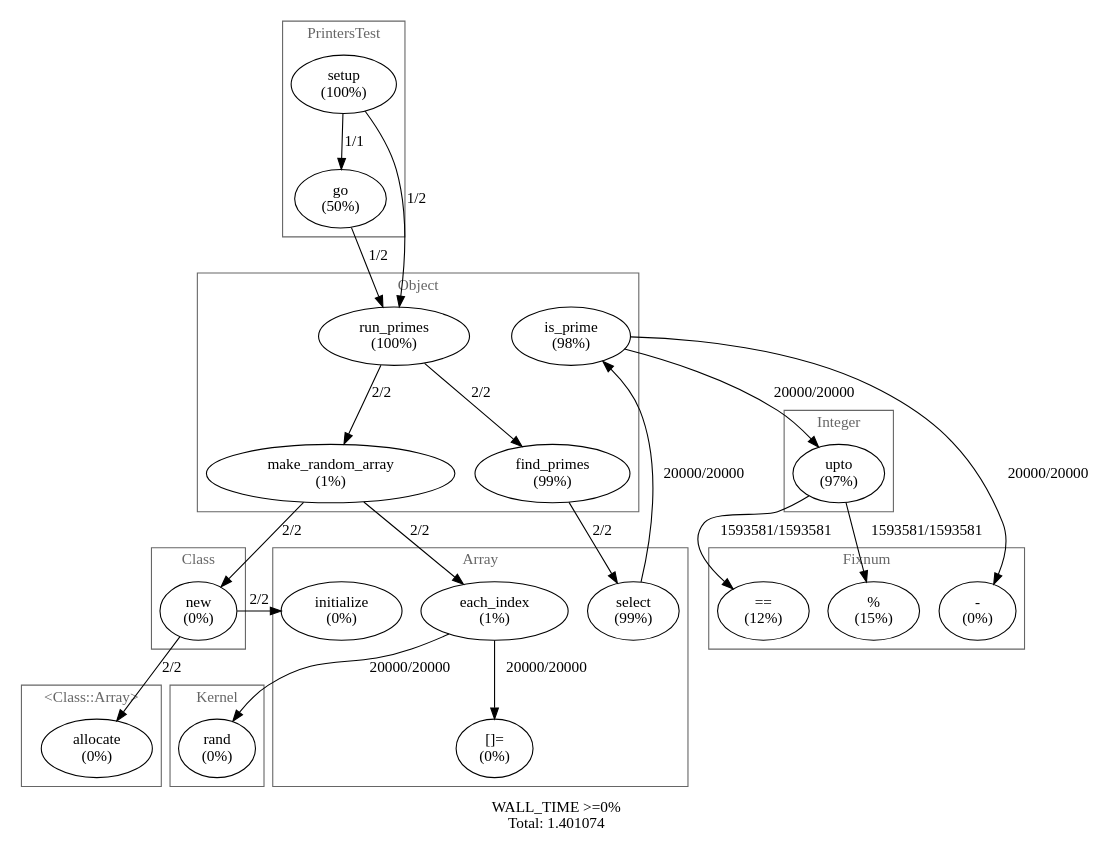
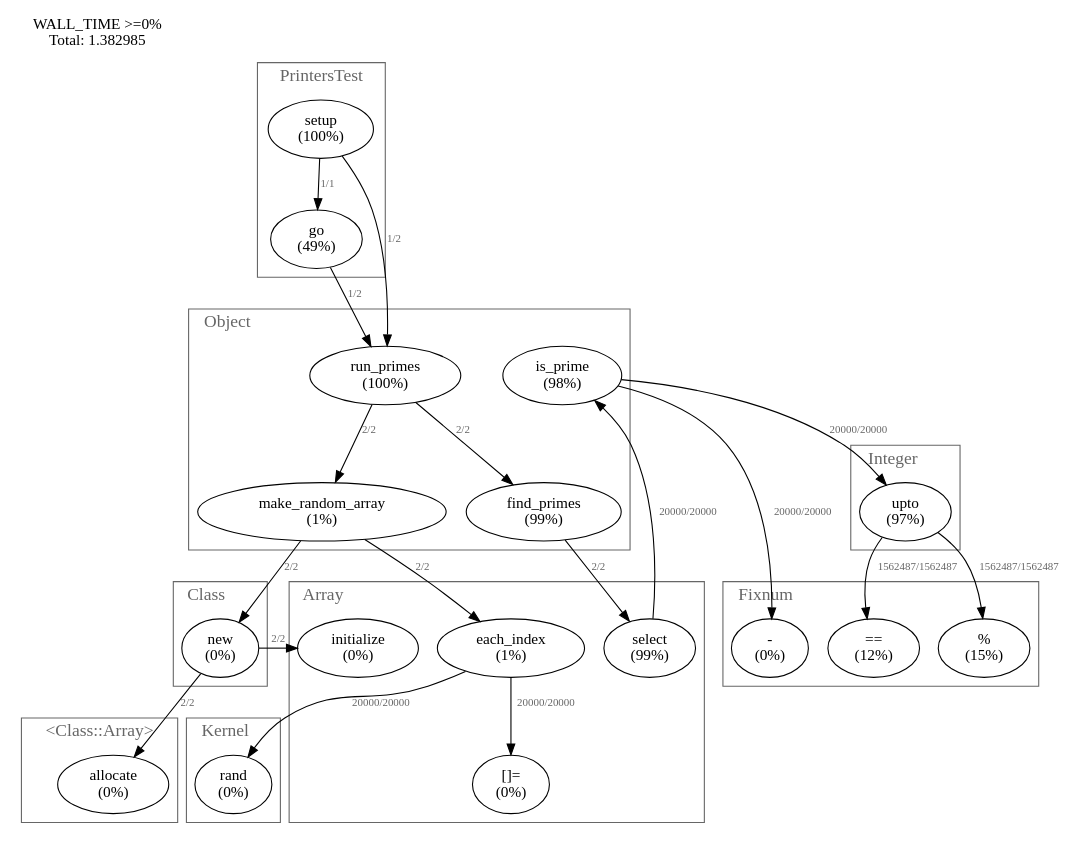
Before and after one commit to ruby-prof/ruby-prof: the diagram in examples/graph.dot, drawn with Graphviz. The commit also changed 2 other files, not shown here.

```diff
--- a/examples/graph.dot
+++ b/examples/graph.dot
@@ -1,96 +1,106 @@
 digraph "Profile" {
-label="WALL_TIME >=0%\nTotal: 1.401074"
+label="WALL_TIME >=0%\nTotal: 1.382985";
+labelloc=t;
+labeljust=l;
 subgraph "Thread 2148237740" {
-2159428720 [label="run_primes\n(100%)"];
-2159428720 -> 2159429580 [label="2/2"];
-2159428720 -> 2159428880 [label="2/2"];
-2159428800 [label="[]=\n(0%)"];
-2159428880 [label="make_random_array\n(1%)"];
-2159428880 -> 2159429420 [label="2/2"];
-2159428880 -> 2159429040 [label="2/2"];
-2159428960 [label="%\n(15%)"];
-2159429040 [label="new\n(0%)"];
-2159429040 -> 2159429340 [label="2/2"];
-2159429040 -> 2159429820 [label="2/2"];
-2159429120 [label="rand\n(0%)"];
-2159429200 [label="-\n(0%)"];
-2159429260 [label="setup\n(100%)"];
-2159429260 -> 2159430040 [label="1/1"];
-2159429260 -> 2159428720 [label="1/2"];
-2159429340 [label="initialize\n(0%)"];
-2159429420 [label="each_index\n(1%)"];
-2159429420 -> 2159429120 [label="20000/20000"];
-2159429420 -> 2159428800 [label="20000/20000"];
-2159429500 [label="is_prime\n(98%)"];
-2159429500 -> 2159429740 [label="20000/20000"];
-2159429500 -> 2159429200 [label="20000/20000"];
-2159429580 [label="find_primes\n(99%)"];
-2159429580 -> 2159429660 [label="2/2"];
-2159429660 [label="select\n(99%)"];
-2159429660 -> 2159429500 [label="20000/20000"];
-2159429740 [label="upto\n(97%)"];
-2159429740 -> 2159428960 [label="1593581/1593581"];
-2159429740 -> 2159429920 [label="1593581/1593581"];
-2159429820 [label="allocate\n(0%)"];
-2159429920 [label="==\n(12%)"];
-2159430040 [label="go\n(50%)"];
-2159430040 -> 2159428720 [label="1/2"];
+2159427600 [label="[]=\n(0%)"];
+2159427680 [label="%\n(15%)"];
+2159427760 [label="run_primes\n(100%)"];
+2159427760 -> 2159428600 [label="2/2" fontsize=10 fontcolor="#666666"];
+2159427760 -> 2159428300 [label="2/2" fontsize=10 fontcolor="#666666"];
+2159427840 [label="new\n(0%)"];
+2159427840 -> 2159428080 [label="2/2" fontsize=10 fontcolor="#666666"];
+2159427840 -> 2159428760 [label="2/2" fontsize=10 fontcolor="#666666"];
+2159427920 [label="rand\n(0%)"];
+2159428000 [label="-\n(0%)"];
+2159428080 [label="initialize\n(0%)"];
+2159428160 [label="each_index\n(1%)"];
+2159428160 -> 2159427920 [label="20000/20000" fontsize=10 fontcolor="#666666"];
+2159428160 -> 2159427600 [label="20000/20000" fontsize=10 fontcolor="#666666"];
+2159428220 [label="go\n(49%)"];
+2159428220 -> 2159427760 [label="1/2" fontsize=10 fontcolor="#666666"];
+2159428300 [label="make_random_array\n(1%)"];
+2159428300 -> 2159428160 [label="2/2" fontsize=10 fontcolor="#666666"];
+2159428300 -> 2159427840 [label="2/2" fontsize=10 fontcolor="#666666"];
+2159428360 [label="setup\n(100%)"];
+2159428360 -> 2159427760 [label="1/2" fontsize=10 fontcolor="#666666"];
+2159428360 -> 2159428220 [label="1/1" fontsize=10 fontcolor="#666666"];
+2159428440 [label="select\n(99%)"];
+2159428440 -> 2159428520 [label="20000/20000" fontsize=10 fontcolor="#666666"];
+2159428520 [label="is_prime\n(98%)"];
+2159428520 -> 2159428680 [label="20000/20000" fontsize=10 fontcolor="#666666"];
+2159428520 -> 2159428000 [label="20000/20000" fontsize=10 fontcolor="#666666"];
+2159428600 [label="find_primes\n(99%)"];
+2159428600 -> 2159428440 [label="2/2" fontsize=10 fontcolor="#666666"];
+2159428680 [label="upto\n(97%)"];
+2159428680 -> 2159427680 [label="1562487/1562487" fontsize=10 fontcolor="#666666"];
+2159428680 -> 2159428920 [label="1562487/1562487" fontsize=10 fontcolor="#666666"];
+2159428760 [label="allocate\n(0%)"];
+2159428920 [label="==\n(12%)"];
 }
-subgraph cluster_2159104080 {
+subgraph cluster_2159103200 {
 label = "Object";
 fontcolor = "#666666";
+fontsize = 16;
 color = "#666666";
-2159429580;
-2159429500;
-2159428880;
-2159428720;
+2159428600;
+2159428520;
+2159428300;
+2159427760;
 }
-subgraph cluster_2159104200 {
+subgraph cluster_2159103260 {
 label = "Integer";
 fontcolor = "#666666";
+fontsize = 16;
 color = "#666666";
-2159429740;
+2159428680;
 }
-subgraph cluster_2159104380 {
+subgraph cluster_2159103060 {
 label = "PrintersTest";
 fontcolor = "#666666";
+fontsize = 16;
 color = "#666666";
-2159430040;
-2159429260;
+2159428360;
+2159428220;
 }
-subgraph cluster_2159104140 {
+subgraph cluster_2159103120 {
 label = "Array";
 fontcolor = "#666666";
+fontsize = 16;
 color = "#666666";
-2159429660;
-2159429420;
-2159429340;
-2159428800;
+2159428440;
+2159428160;
+2159428080;
+2159427600;
 }
-subgraph cluster_2159104280 {
+subgraph cluster_2159103340 {
 label = "<Class::Array>";
 fontcolor = "#666666";
+fontsize = 16;
 color = "#666666";
-2159429820;
+2159428760;
 }
-subgraph cluster_2159103860 {
+subgraph cluster_2159102840 {
 label = "Class";
 fontcolor = "#666666";
+fontsize = 16;
 color = "#666666";
-2159429040;
+2159427840;
 }
-subgraph cluster_2159104000 {
+subgraph cluster_2159102980 {
 label = "Kernel";
 fontcolor = "#666666";
+fontsize = 16;
 color = "#666666";
-2159429120;
+2159427920;
 }
-subgraph cluster_2159104340 {
+subgraph cluster_2159103400 {
 label = "Fixnum";
 fontcolor = "#666666";
+fontsize = 16;
 color = "#666666";
-2159429920;
-2159429200;
-2159428960;
+2159428920;
+2159428000;
+2159427680;
 }
 }
```
